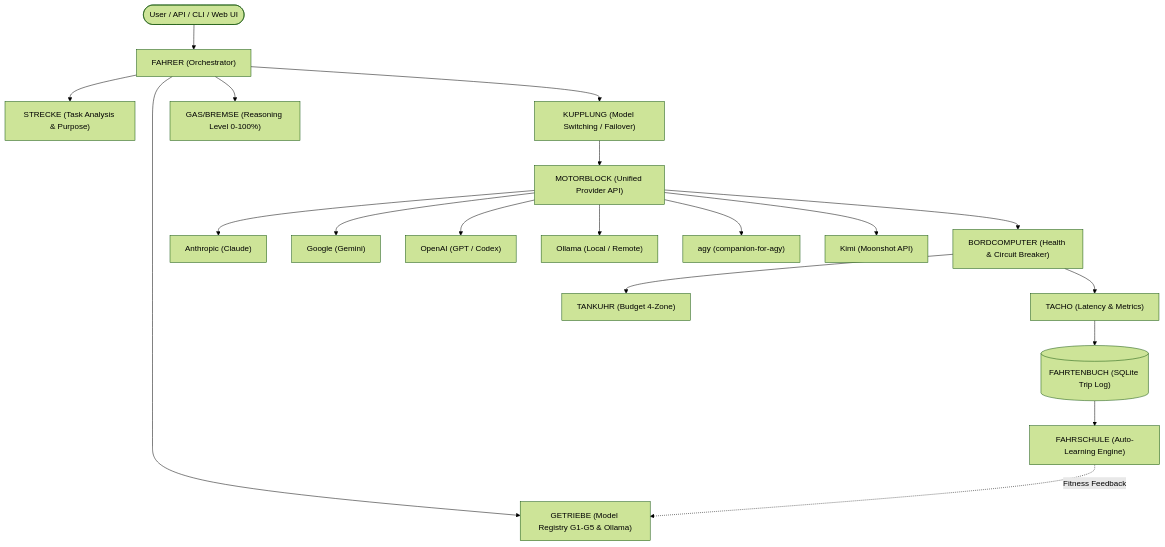
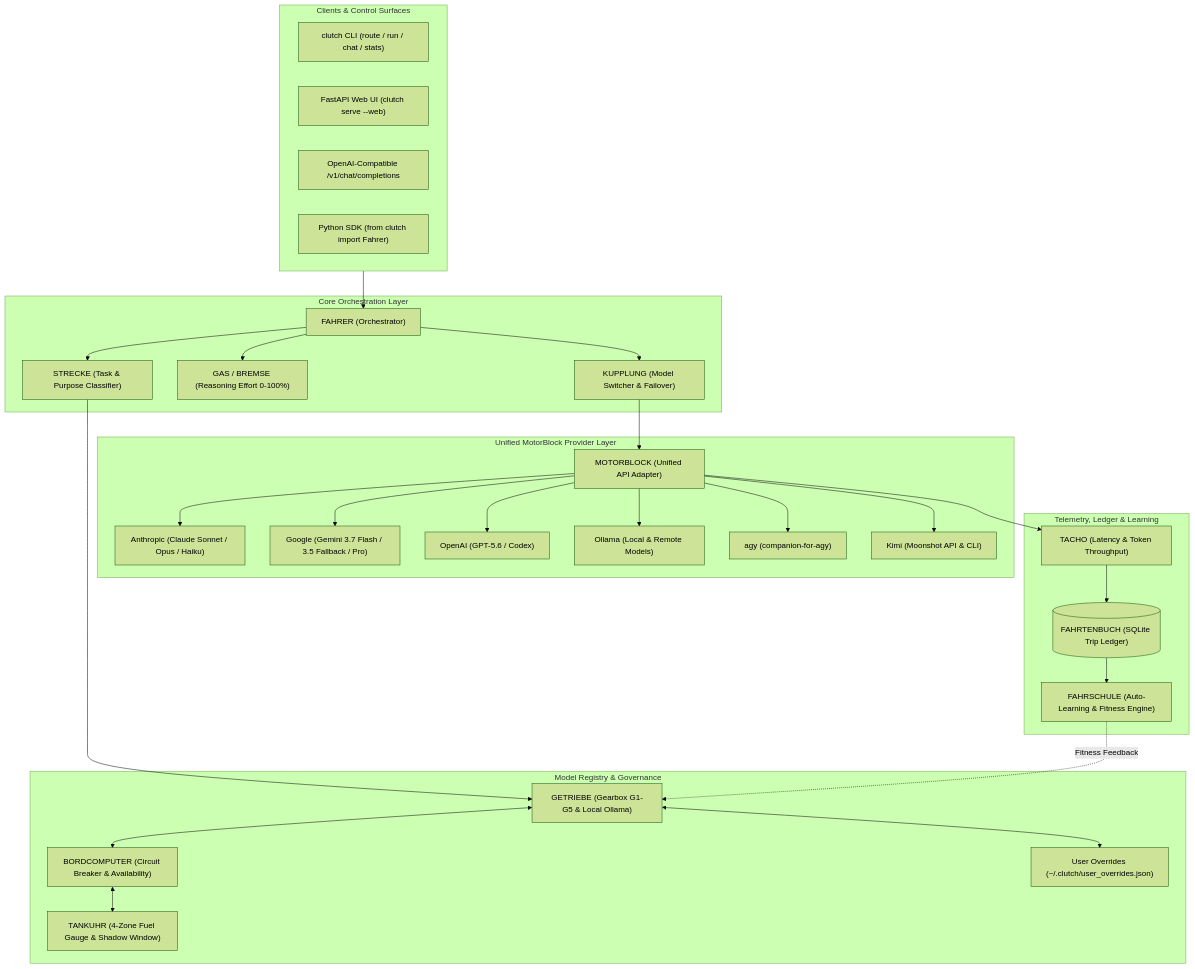
The first of 2 diagrams in README.md (ellmos-ai/clutch), drawn with Mermaid (forest theme) before and after one commit. The commit also changed other lines of this file and 10 other files, not shown here.

Commit message:
chore(marketing): release v0.6.1 with Pfad B discoverability, dual-mermaid and multi-OS CI matrix

````diff
--- a/README.md
+++ b/README.md
@@ -47,21 +123,59 @@
 ```mermaid
-graph TD
-    User([User / API / CLI / Web UI]) --> Fahrer["FAHRER (Orchestrator)"]
-    Fahrer --> Strecke["STRECKE (Task Analysis & Purpose)"]
-    Fahrer --> Getriebe["GETRIEBE (Model Registry G1-G5 & Ollama)"]
-    Fahrer --> GasBremse["GAS/BREMSE (Reasoning Level 0-100%)"]
-    Fahrer --> Kupplung["KUPPLUNG (Model Switching / Failover)"]
-    Kupplung --> MotorBlock["MOTORBLOCK (Unified Provider API)"]
-    MotorBlock --> Anthropic["Anthropic (Claude)"]
-    MotorBlock --> Gemini["Google (Gemini)"]
-    MotorBlock --> OpenAI["OpenAI (GPT / Codex)"]
-    MotorBlock --> Ollama["Ollama (Local / Remote)"]
-    MotorBlock --> Agy["agy (companion-for-agy)"]
-    MotorBlock --> Kimi["Kimi (Moonshot API)"]
-    MotorBlock --> Bordcomputer["BORDCOMPUTER (Health & Circuit Breaker)"]
-    Bordcomputer --> Tankuhr["TANKUHR (Budget 4-Zone)"]
-    Bordcomputer --> Tacho["TACHO (Latency & Metrics)"]
-    Tacho --> Fahrtenbuch[("FAHRTENBUCH (SQLite Trip Log)")]
-    Fahrtenbuch --> Fahrschule["FAHRSCHULE (Auto-Learning Engine)"]
+flowchart TD
+    subgraph CLIENTS["Clients & Control Surfaces"]
+        CLI["clutch CLI (route / run / chat / stats)"]
+        Web["FastAPI Web UI (clutch serve --web)"]
+        API["OpenAI-Compatible /v1/chat/completions"]
+        Lib["Python SDK (from clutch import Fahrer)"]
+    end
+
+    subgraph ORCHESTRATION["Core Orchestration Layer"]
+        Fahrer["FAHRER (Orchestrator)"]
+        Strecke["STRECKE (Task & Purpose Classifier)"]
+        GasBremse["GAS / BREMSE (Reasoning Effort 0-100%)"]
+        Kupplung["KUPPLUNG (Model Switcher & Failover)"]
+    end
+
+    subgraph REGISTRY["Model Registry & Governance"]
+        Getriebe["GETRIEBE (Gearbox G1-G5 & Local Ollama)"]
+        Bordcomputer["BORDCOMPUTER (Circuit Breaker & Availability)"]
+        Tankuhr["TANKUHR (4-Zone Fuel Gauge & Shadow Window)"]
+        UserOverrides["User Overrides (~/.clutch/user_overrides.json)"]
+    end
+
+    subgraph ENGINES["Unified MotorBlock Provider Layer"]
+        MotorBlock["MOTORBLOCK (Unified API Adapter)"]
+        Anthropic["Anthropic (Claude Sonnet / Opus / Haiku)"]
+        Gemini["Google (Gemini 3.7 Flash / 3.5 Fallback / Pro)"]
+        OpenAI["OpenAI (GPT-5.6 / Codex)"]
+        Ollama["Ollama (Local & Remote Models)"]
+        Agy["agy (companion-for-agy)"]
+        Kimi["Kimi (Moonshot API & CLI)"]
+    end
+
+    subgraph TELEMETRY["Telemetry, Ledger & Learning"]
+        Tacho["TACHO (Latency & Token Throughput)"]
+        Fahrtenbuch[("FAHRTENBUCH (SQLite Trip Ledger)")]
+        Fahrschule["FAHRSCHULE (Auto-Learning & Fitness Engine)"]
+    end
+
+    CLIENTS --> Fahrer
+    Fahrer --> Strecke
+    Strecke --> Getriebe
+    Fahrer --> GasBremse
+    Fahrer --> Kupplung
+    Getriebe <--> Bordcomputer
+    Getriebe <--> UserOverrides
+    Bordcomputer <--> Tankuhr
+    Kupplung --> MotorBlock
+    MotorBlock --> Anthropic
+    MotorBlock --> Gemini
+    MotorBlock --> OpenAI
+    MotorBlock --> Ollama
+    MotorBlock --> Agy
+    MotorBlock --> Kimi
+    MotorBlock --> Tacho
+    Tacho --> Fahrtenbuch
+    Fahrtenbuch --> Fahrschule
     Fahrschule -. Fitness Feedback .-> Getriebe
 ```
````
